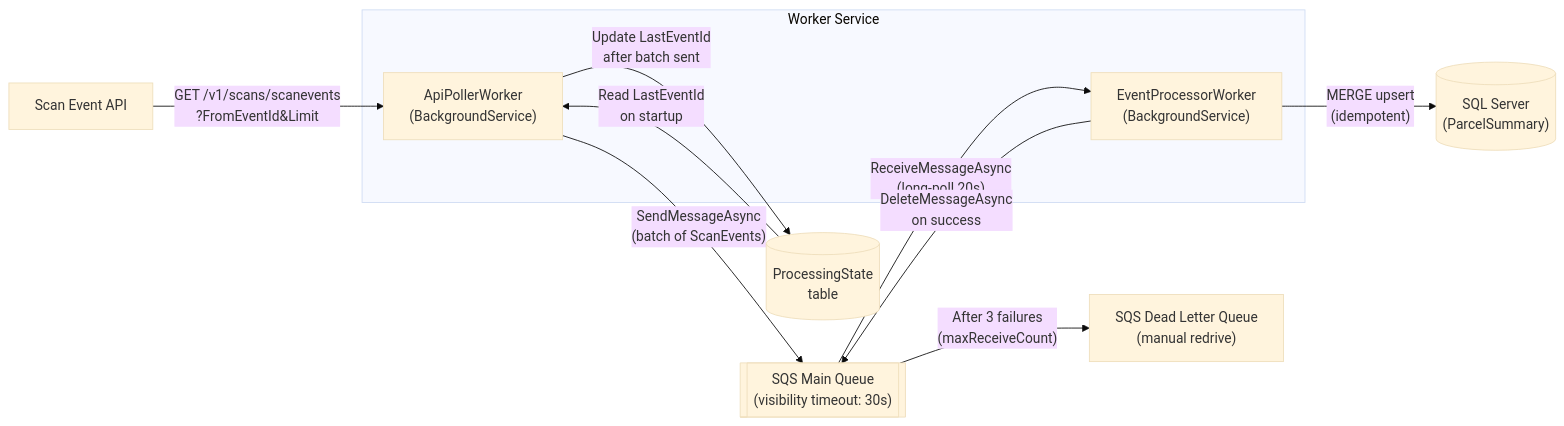
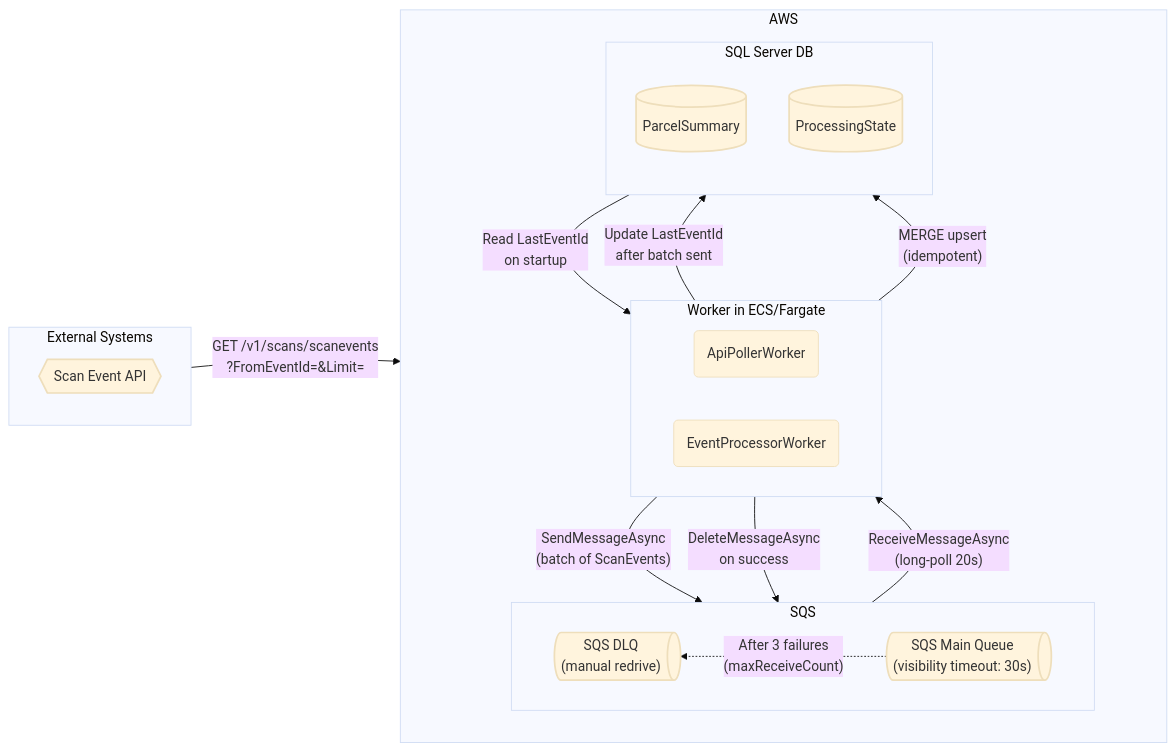
One commit to udmada/ScanEventWorker changed the diagram in README.md. Above: the diagram before and after it, drawn with Mermaid (base theme). The commit also changed other lines of this file and 2 other files, not shown here.

Commit message:
fix: fix code smell

````diff
--- a/README.md
+++ b/README.md
@@ -9,23 +9,49 @@
 ```mermaid
 flowchart LR
-    API["Scan Event API"]
-    DB[("SQL Server\n(ParcelSummary)")]
-    STATE[("ProcessingState\ntable")]
-    DLQ["SQS Dead Letter Queue\n(manual redrive)"]
+    subgraph exrernal[External Systems]
+        direction TB
+        API@{ shape: hex, label: "Scan Event API" }
+    end
+    subgraph AWS
+        direction TB
+        subgraph sqs[SQS]
+            direction RL
+            DLQ@{ shape: das, label: "SQS DLQ<br/>(manual redrive)"}
+            QUEUE@{ shape: das, label: "SQS Main Queue<br/>(visibility timeout: 30s)" }
+        end
+        subgraph worker[Worker in ECS/Fargate]
+            direction LR
+            POLLER@{ shape: rounded, label: "ApiPollerWorker" }
+            PROCESSOR@{ shape: rounded, label: "EventProcessorWorker" }
+        end
+        subgraph db[SQL Server DB]
+            direction TB
+            PARCEL@{ shape: cyl, label: "ParcelSummary" }
+            STATE@{ shape: cyl, label: "ProcessingState" }
+        end
 
-    subgraph Worker Service
-        POLLER["ApiPollerWorker\n(BackgroundService)"]
-        PROCESSOR["EventProcessorWorker\n(BackgroundService)"]
     end
+    exrernal ~~~ AWS
+    sqs & worker ~~~ db
 
-    QUEUE[["SQS Main Queue\n(visibility timeout: 30s)"]]
+    API -->|"GET /v1/scans/scanevents<br/>?FromEventId=&Limit="| POLLER
+    STATE -->|"Read LastEventId<br/>on startup"| POLLER
+    POLLER -->|"Update LastEventId<br/>after batch sent"| STATE
+    POLLER -->|"SendMessageAsync<br/>(batch of ScanEvents)"| QUEUE
+    QUEUE -->|"ReceiveMessageAsync<br/>(long-poll 20s)"| PROCESSOR
+    PROCESSOR -->|"DeleteMessageAsync<br/>on success"| QUEUE
+    PROCESSOR -->|"MERGE upsert<br/>(idempotent)"| PARCEL
+    QUEUE -.->|"After 3 failures<br/>(maxReceiveCount)"| DLQ
 
-    API -- "GET /v1/scans/scanevents\n?FromEventId&Limit" --> POLLER
-    STATE -- "Read LastEventId\non startup" --> POLLER
-    POLLER -- "SendMessageAsync\n(batch of ScanEvents)" --> QUEUE
-    POLLER -- "Update LastEventId\nafter batch sent" --> STATE
-    QUEUE -- "ReceiveMessageAsync\n(long-poll 20s)" --> PROCESSOR
-    PROCESSOR -- "MERGE upsert\n(idempotent)" --> DB
-    PROCESSOR -- "DeleteMessageAsync\non success" --> QUEUE
-    QUEUE -- "After 3 failures\n(maxReceiveCount)" --> DLQ
+    classDef database stroke-width:2px
+    class PARCEL,STATE database
+
+    classDef queue stroke-width:2px
+    class QUEUE,DLQ queue
+
+    classDef api stroke-width:2px
+    class API api
+
+    classDef worker stroke-width:1px
+    class POLLER,PROCESSOR worker
 ```
````
